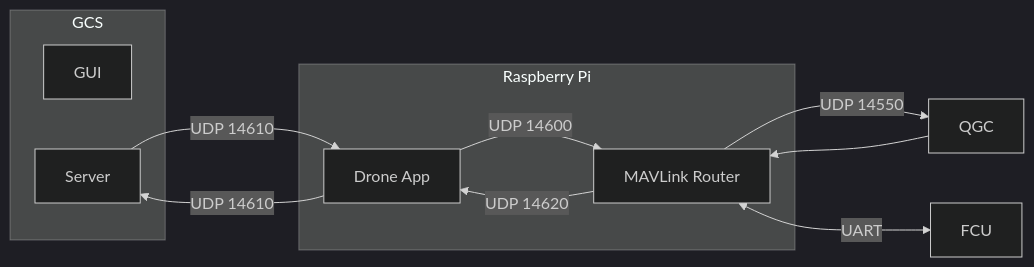
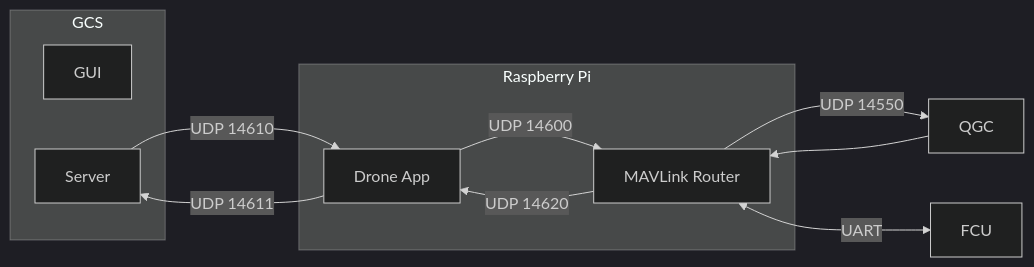
The first of 2 diagrams in docs/network.md (elapids-tech/gcs), drawn with Mermaid (dark theme) before and after one commit.

Commit message:
gcsの受信ポートを14611に変更

````diff
--- a/docs/network.md
+++ b/docs/network.md
@@ -4,25 +4,25 @@
 ```mermaid
 flowchart LR
 
   subgraph GCS["GCS"]
     GUI["GUI"]
     SERVER["Server"]
     end
 
   subgraph RPI["Raspberry Pi"]
     DAPP["Drone App"]
     ROUTER["MAVLink Router"]
     end
 
   QGC["QGC"]
 
   FCU["FCU"]
 
   SERVER    --> |UDP 14610| DAPP
-  DAPP    --> |UDP 14610| SERVER
+  DAPP    --> |UDP 14611| SERVER
   ROUTER --> |UDP 14550| QGC
   QGC    --> ROUTER
   DAPP    --> |UDP 14600| ROUTER
   ROUTER --> |UDP 14620| DAPP
   ROUTER <--> |UART|FCU
 ```
````
